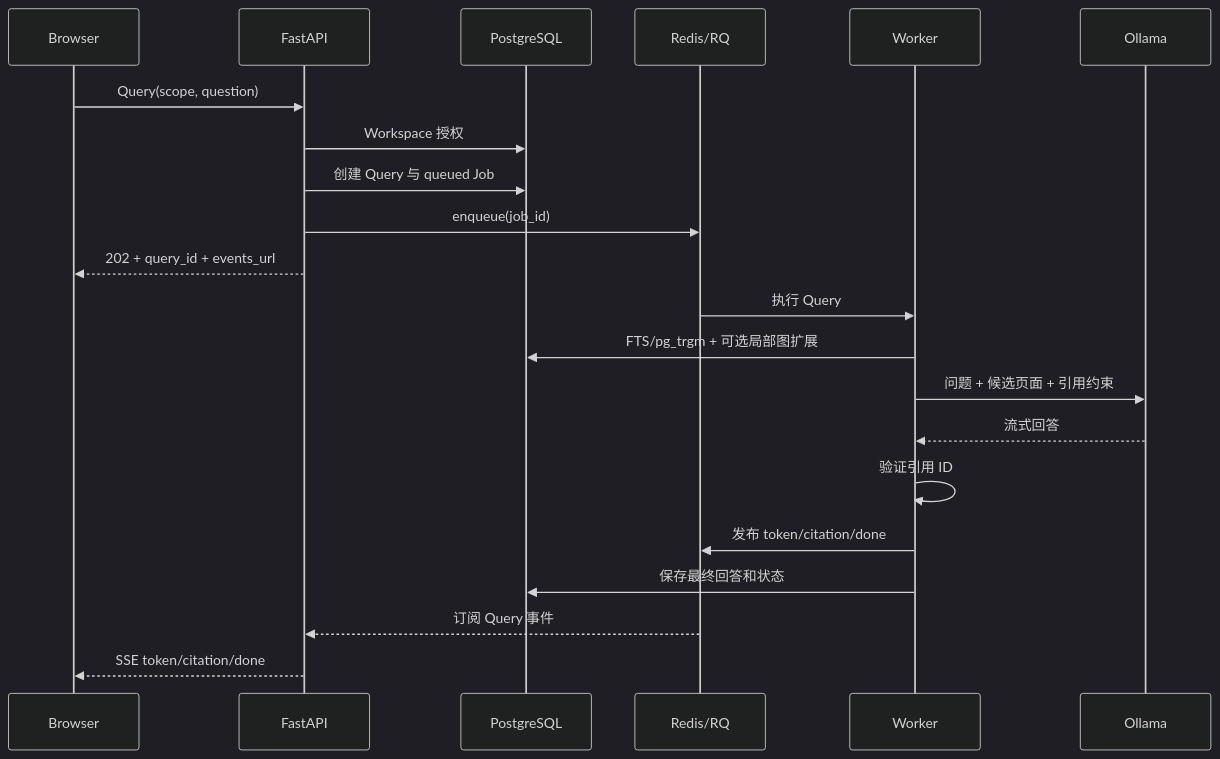
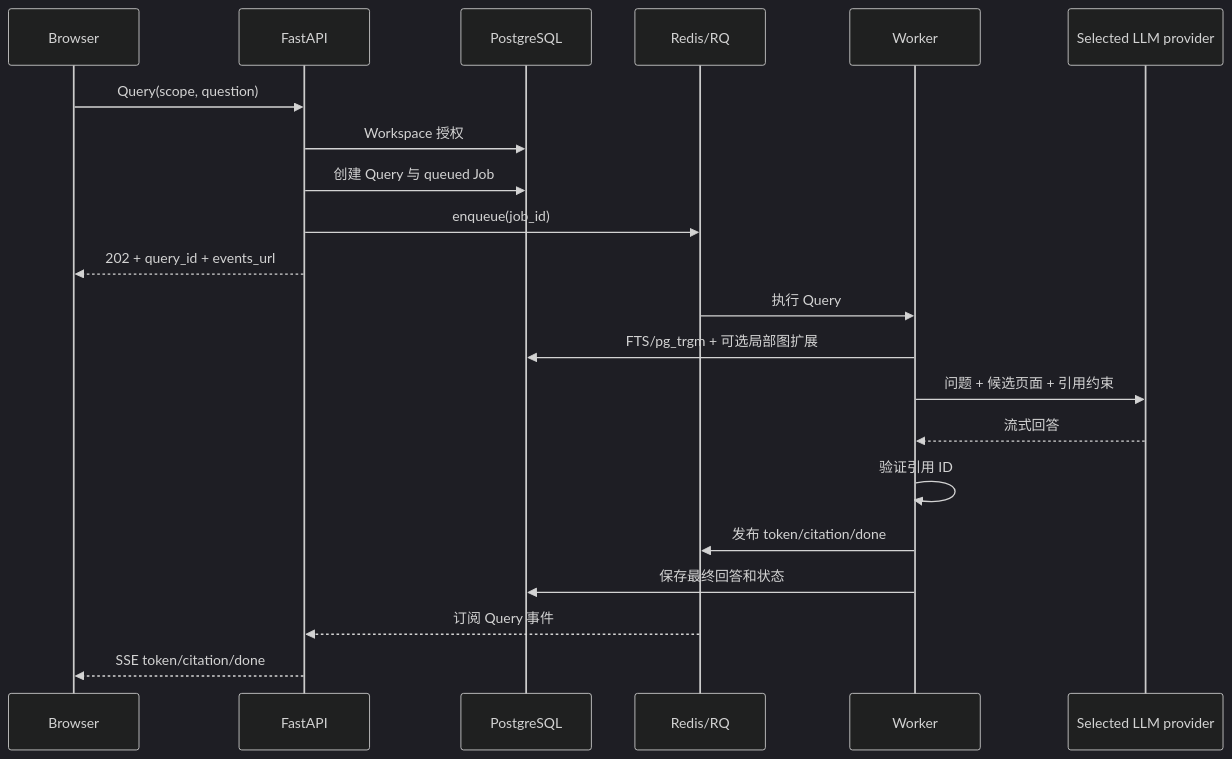
One commit to Archangel-he/local-llm-wiki changed the third of 3 diagrams in docs/architecture.md. Above: the diagram before and after it, drawn with Mermaid (dark theme). The commit also changed other lines of this file and 11 other files, not shown here.

````diff
--- a/docs/architecture.md
+++ b/docs/architecture.md
@@ -167,24 +203,24 @@
 ```mermaid
 sequenceDiagram
     participant U as Browser
     participant A as FastAPI
     participant P as PostgreSQL
     participant R as Redis/RQ
     participant W as Worker
-    participant L as Ollama
+    participant L as Selected LLM provider
 
     U->>A: Query(scope, question)
     A->>P: Workspace 授权
     A->>P: 创建 Query 与 queued Job
     A->>R: enqueue(job_id)
     A-->>U: 202 + query_id + events_url
     R->>W: 执行 Query
     W->>P: FTS/pg_trgm + 可选局部图扩展
     W->>L: 问题 + 候选页面 + 引用约束
     L-->>W: 流式回答
     W->>W: 验证引用 ID
     W->>R: 发布 token/citation/done
     W->>P: 保存最终回答和状态
     R-->>A: 订阅 Query 事件
     A-->>U: SSE token/citation/done
 ```
````
